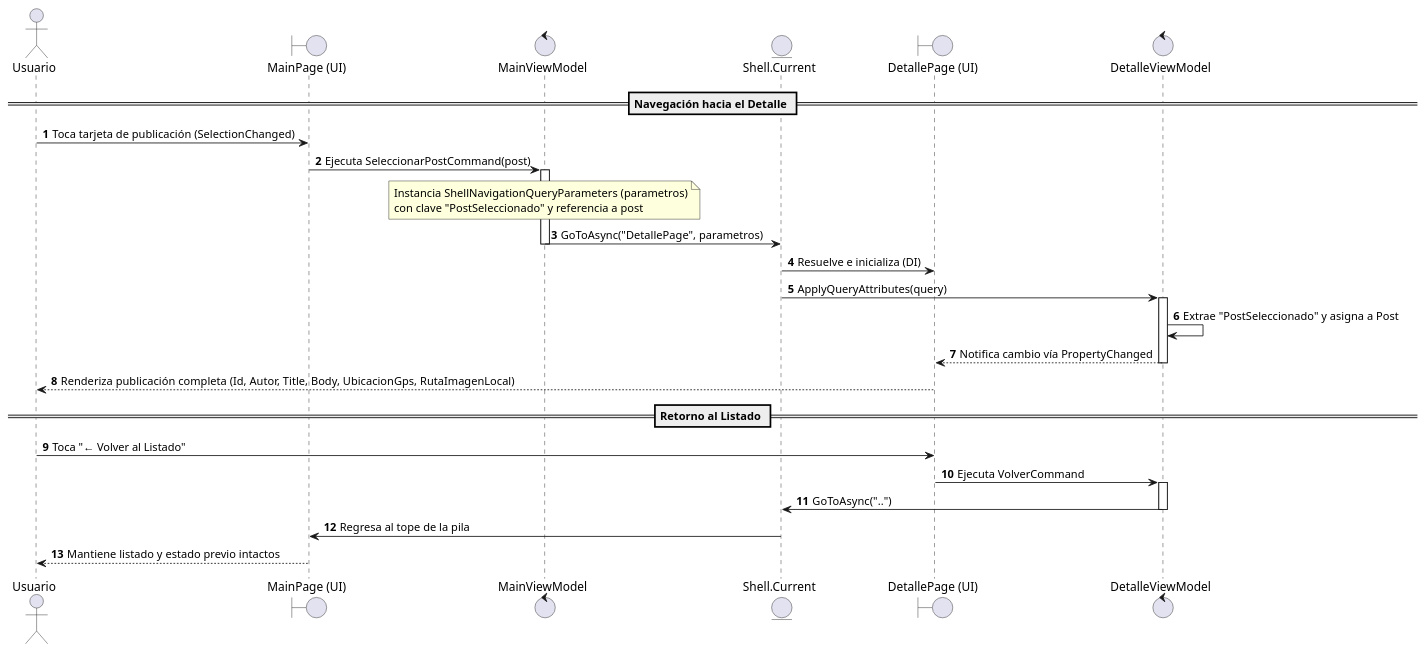
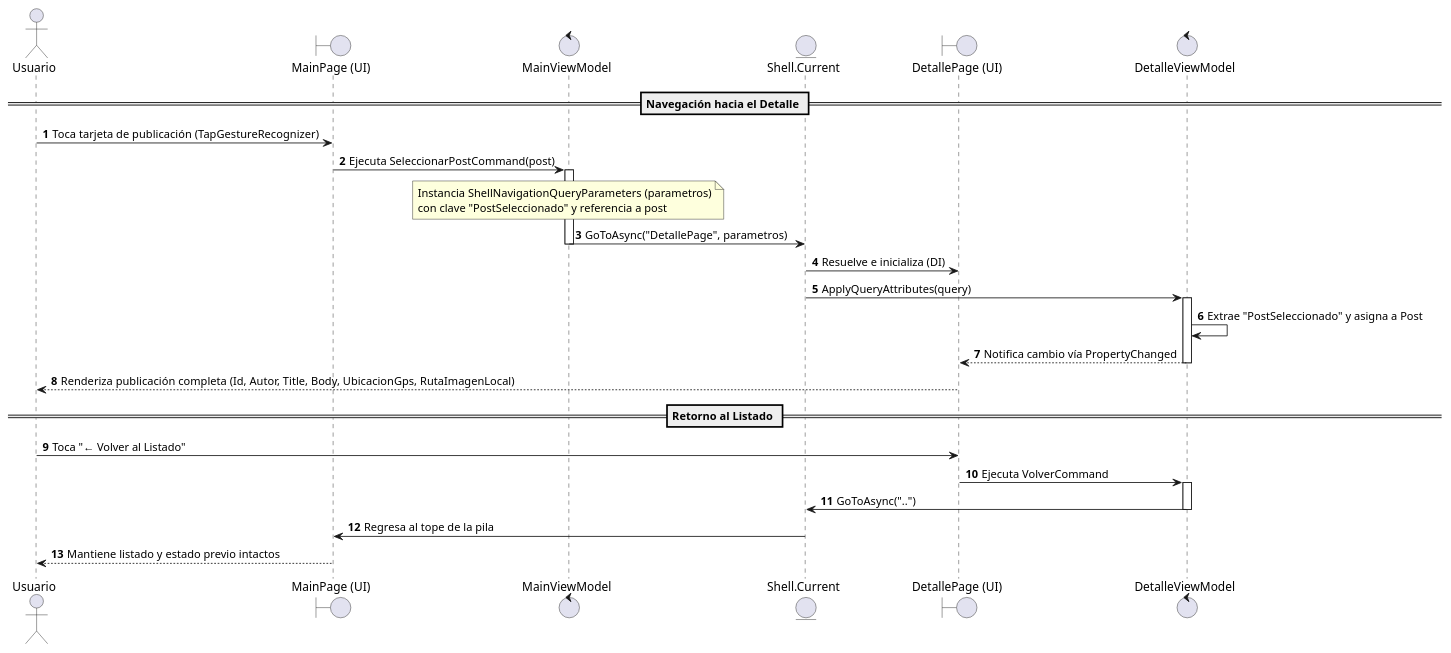
One commit to fioremos/UCES-DAMII-DevPosts-KalapujMosca changed the diagram in docs/navegacion_secuencia.puml. Above: the diagram before and after it, drawn with PlantUML. The commit also changed 1 other file, not shown here.

Commit message:
docs(uml): incorporar metadatos de hardware en el flujo de navegacion a DetallePage

```diff
--- a/docs/navegacion_secuencia.puml
+++ b/docs/navegacion_secuencia.puml
@@ -1,41 +1,41 @@
 @startuml flujo_navegacion_parametros
 autonumber
 actor Usuario
 boundary MainPage as "MainPage (UI)"
 control MainViewModel as "MainViewModel"
 entity Shell as "Shell.Current"
 boundary DetallePage as "DetallePage (UI)"
 control DetalleViewModel as "DetalleViewModel"
 
 == Navegación hacia el Detalle ==
-Usuario -> MainPage : Toca tarjeta de publicación (SelectionChanged)
+Usuario -> MainPage : Toca tarjeta de publicación (TapGestureRecognizer)
 MainPage -> MainViewModel : Ejecuta SeleccionarPostCommand(post)
 activate MainViewModel
 
 note over MainViewModel
   Instancia ShellNavigationQueryParameters (parametros)
   con clave "PostSeleccionado" y referencia a post
 end note
 
 MainViewModel -> Shell : GoToAsync("DetallePage", parametros)
 deactivate MainViewModel
 
 Shell -> DetallePage : Resuelve e inicializa (DI)
 Shell -> DetalleViewModel : ApplyQueryAttributes(query)
 activate DetalleViewModel
 DetalleViewModel -> DetalleViewModel : Extrae "PostSeleccionado" y asigna a Post
 DetalleViewModel --> DetallePage : Notifica cambio vía PropertyChanged
 deactivate DetalleViewModel
 
 DetallePage --> Usuario : Renderiza publicación completa (Id, Autor, Title, Body, UbicacionGps, RutaImagenLocal)
 
 == Retorno al Listado ==
 Usuario -> DetallePage : Toca "← Volver al Listado"
 DetallePage -> DetalleViewModel : Ejecuta VolverCommand
 activate DetalleViewModel
 DetalleViewModel -> Shell : GoToAsync("..")
 deactivate DetalleViewModel
 
 Shell -> MainPage : Regresa al tope de la pila
 MainPage --> Usuario : Mantiene listado y estado previo intactos
 @enduml
```
